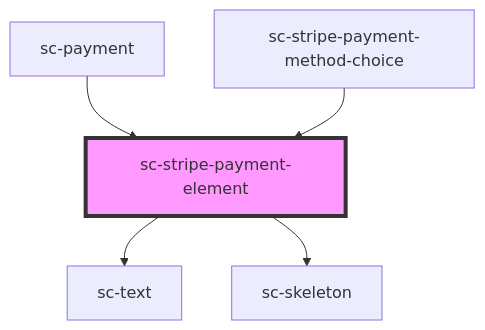
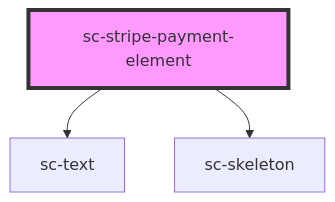
Before and after one commit to surecart/surecart-wp-plugin: the diagram in packages/components/src/components/ui/stripe-payment-element/readme.md, drawn with Mermaid. The commit also changed other lines of this file and 18 other files, not shown here.

````diff
--- a/packages/components/src/components/ui/stripe-payment-element/readme.md
+++ b/packages/components/src/components/ui/stripe-payment-element/readme.md
@@ -53,8 +48,6 @@
 ```mermaid
 graph TD;
   sc-stripe-payment-element --> sc-text
   sc-stripe-payment-element --> sc-skeleton
-  sc-payment --> sc-stripe-payment-element
-  sc-stripe-payment-method-choice --> sc-stripe-payment-element
   style sc-stripe-payment-element fill:#f9f,stroke:#333,stroke-width:4px
 ```
````
